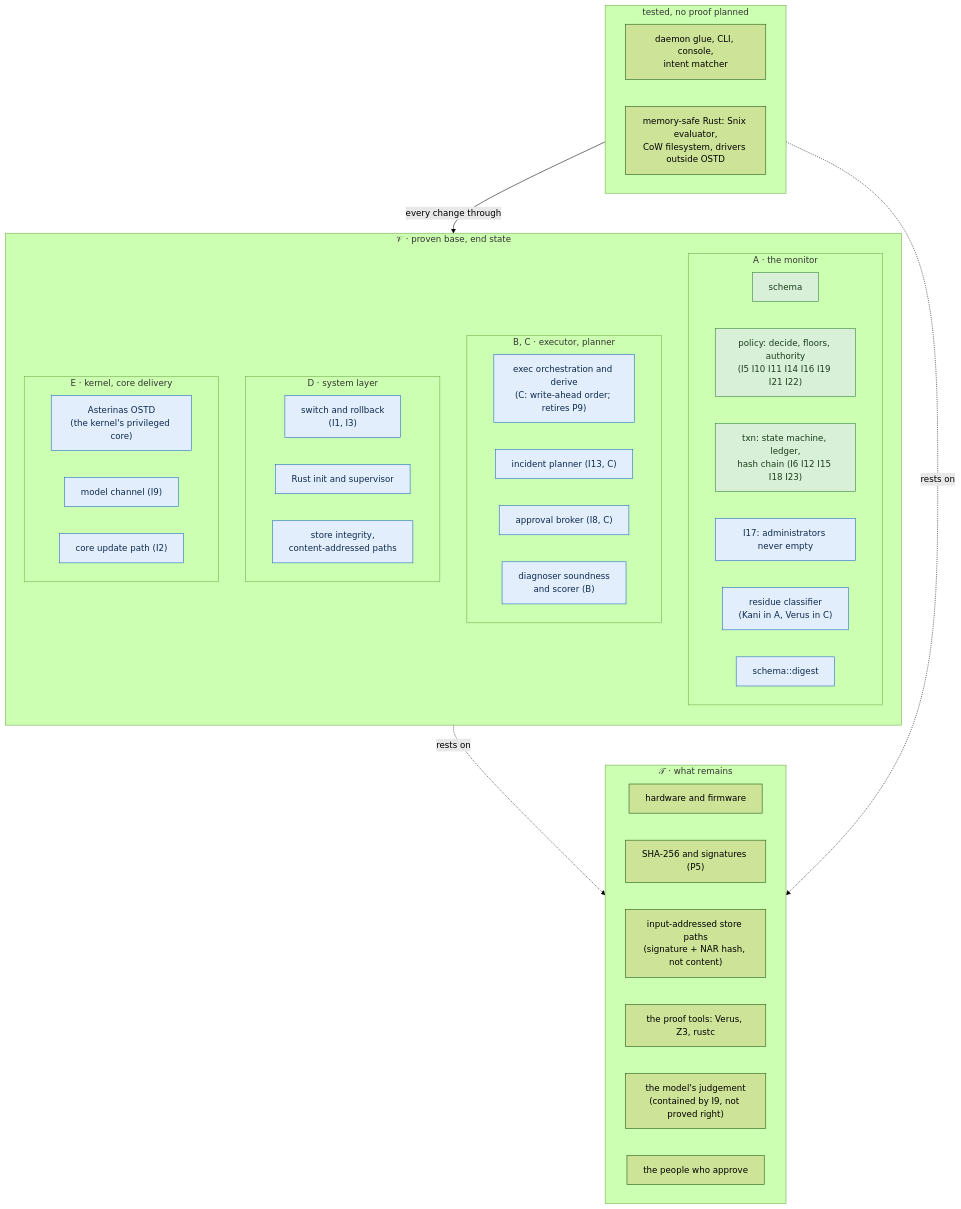
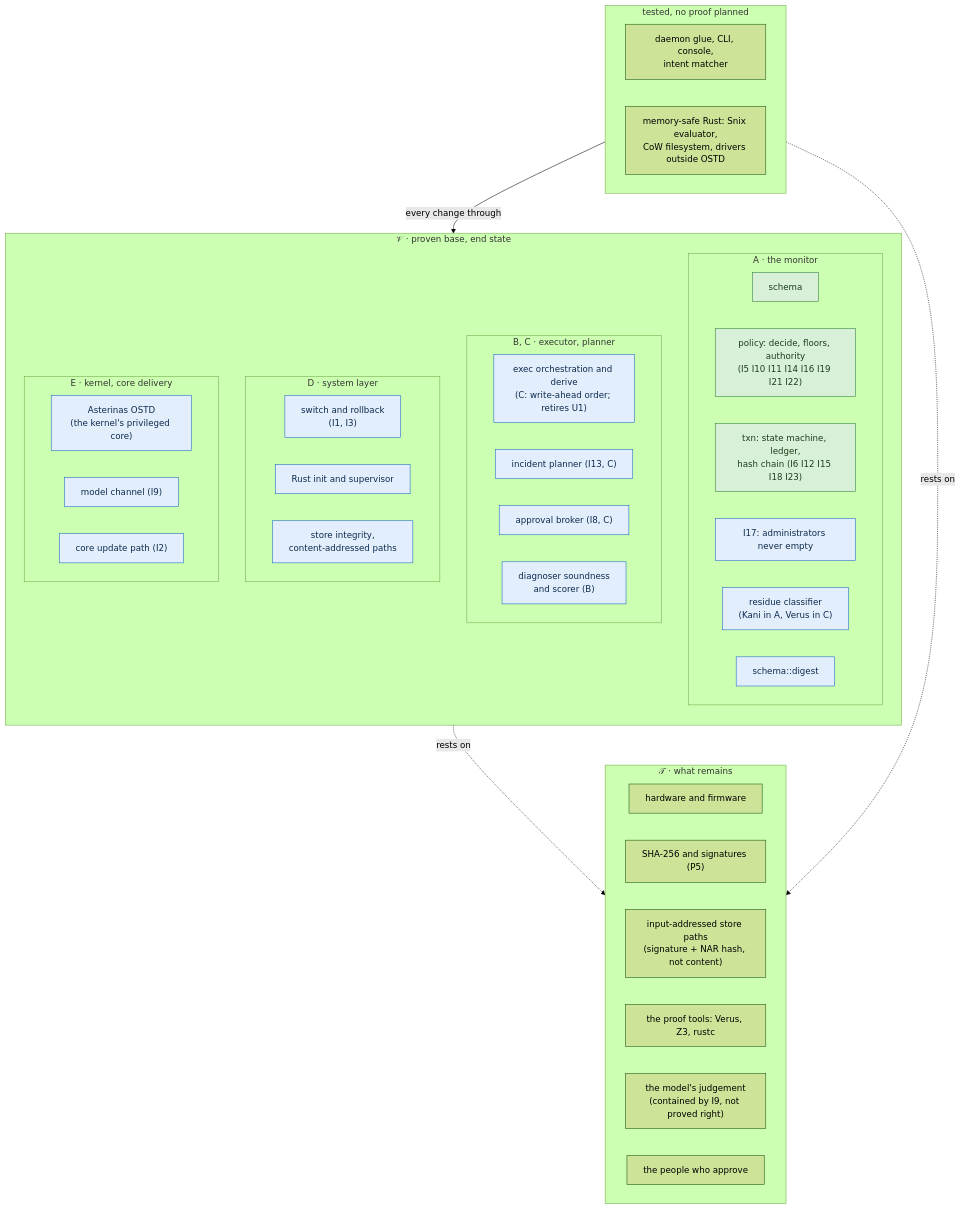
One commit to aubrika/planarian changed the fifth of 5 diagrams in docs/guarantees.md. Above: the diagram before and after it, drawn with Mermaid (forest theme). The commit also changed other lines of this file and 8 other files, not shown here.

````diff
--- a/docs/guarantees.md
+++ b/docs/guarantees.md
@@ -343,51 +344,51 @@
 ```mermaid
 flowchart TB
   subgraph V["𝒱 · proven base, end state"]
     direction TB
     subgraph VA["A · the monitor"]
       schema2["schema"]:::done
       policy2["policy: decide, floors, authority<br/>(I5 I10 I11 I14 I16 I19 I21 I22)"]:::done
       txn2["txn: state machine, ledger,<br/>hash chain (I6 I12 I15 I18 I23)"]:::done
       i17["I17: administrators never empty"]:::a
       residue["residue classifier<br/>(Kani in A, Verus in C)"]:::a
       digest["schema::digest"]:::a
     end
     subgraph VC["B, C · executor, planner"]
-      exec2["exec orchestration and derive<br/>(C: write-ahead order; retires P9)"]:::c
+      exec2["exec orchestration and derive<br/>(C: write-ahead order; retires U1)"]:::c
       incident["incident planner (I13, C)"]:::c
       broker["approval broker (I8, C)"]:::c
       diag["diagnoser soundness<br/>and scorer (B)"]:::b
     end
     subgraph VD["D · system layer"]
       switch["switch and rollback<br/>(I1, I3)"]:::d
       super["Rust init and supervisor"]:::d
       store["store integrity,<br/>content-addressed paths"]:::d
     end
     subgraph VE["E · kernel, core delivery"]
       ostd["Asterinas OSTD<br/>(the kernel's privileged core)"]:::e
       channel["model channel (I9)"]:::e
       update["core update path (I2)"]:::e
     end
   end
   subgraph S["tested, no proof planned"]
     glue["daemon glue, CLI, console,<br/>intent matcher"]
     sys["memory-safe Rust: Snix evaluator,<br/>CoW filesystem, drivers outside OSTD"]
   end
   subgraph T["𝒯 · what remains"]
     hw["hardware and firmware"]
     crypto["SHA-256 and signatures (P5)"]
     input["input-addressed store paths<br/>(signature + NAR hash, not content)"]
     tools["the proof tools: Verus, Z3, rustc"]
     model["the model's judgement<br/>(contained by I9, not proved right)"]
     people["the people who approve"]
   end
   S -->|"every change through"| V
   V -.->|rests on| T
   S -.->|rests on| T
   classDef done fill:#d8f0d8,stroke:#2e7d32,color:#1b3d1b
   classDef a fill:#e3eefc,stroke:#1565c0,color:#0d2a4d
   classDef b fill:#e3eefc,stroke:#1565c0,color:#0d2a4d
   classDef c fill:#e3eefc,stroke:#1565c0,color:#0d2a4d
   classDef d fill:#e3eefc,stroke:#1565c0,color:#0d2a4d
   classDef e fill:#e3eefc,stroke:#1565c0,color:#0d2a4d
 ```
````
